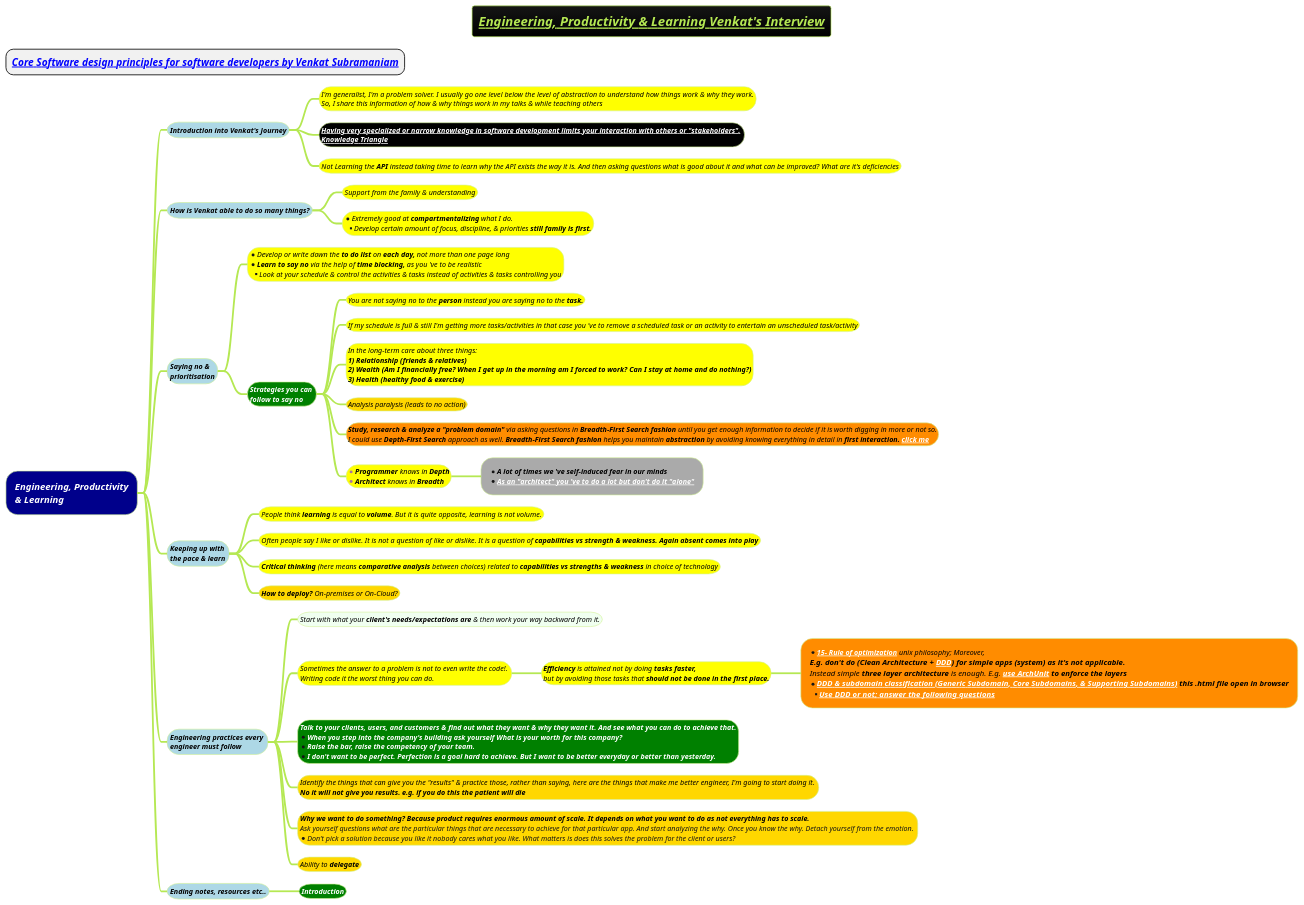
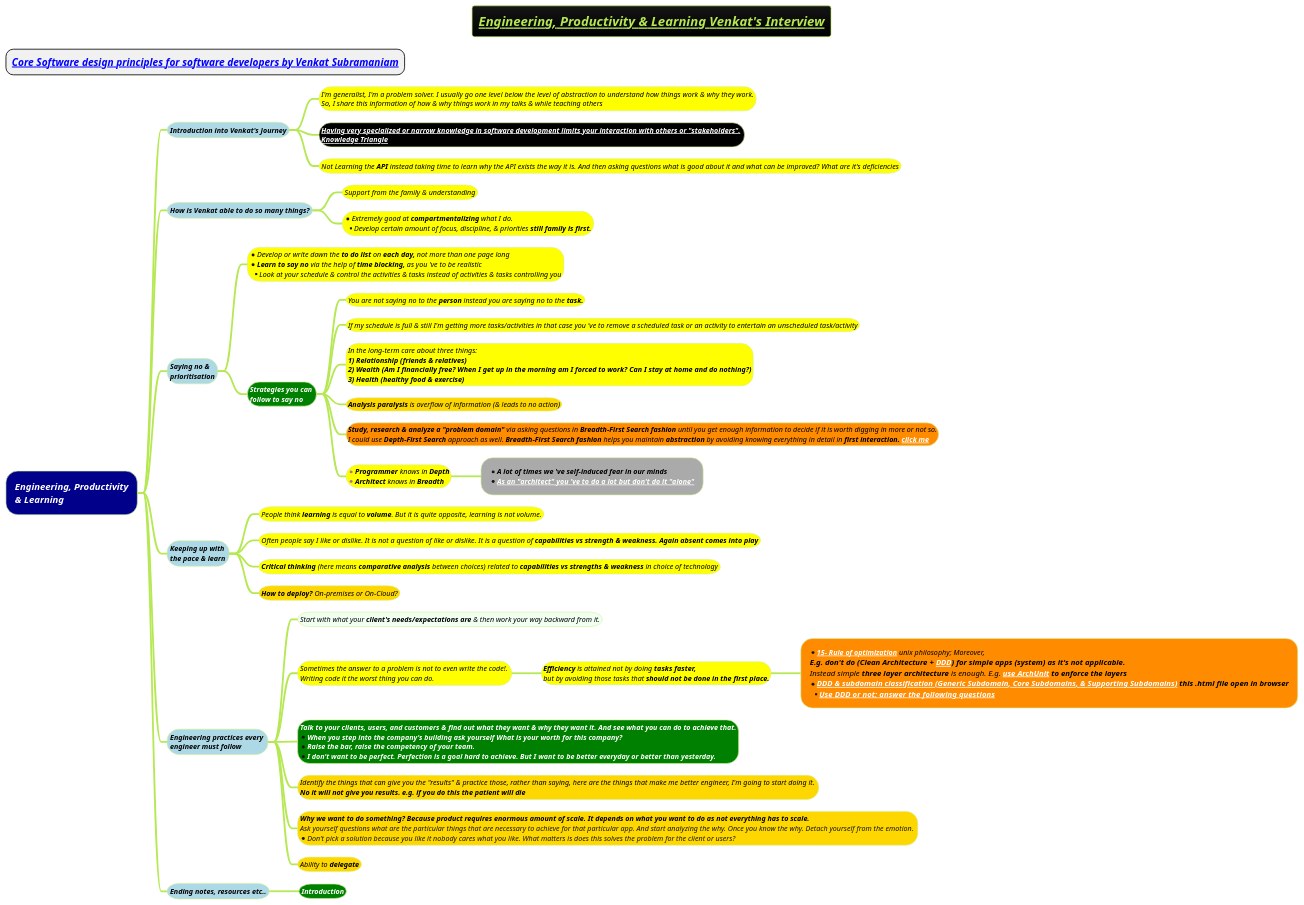
Before and after one commit to MehmoodHashmi/Documentation-as-Code-DaC: the diagram in docs/3-programming-languages/Venkat-Subramaniam/Engineering-Productivity-and-Learning.puml, drawn with PlantUML.

```diff
--- a/docs/3-programming-languages/Venkat-Subramaniam/Engineering-Productivity-and-Learning.puml
+++ b/docs/3-programming-languages/Venkat-Subramaniam/Engineering-Productivity-and-Learning.puml
@@ -1,65 +1,65 @@
 @startmindmap
 title =<i><b><u><size:18>Engineering, Productivity & Learning Venkat's Interview
 
 * ===<i><b>[[docs/3-programming-languages/Venkat-Subramaniam/Core-Software-design-principles-for-software-developers.puml Core Software design principles for software developers by Venkat Subramaniam]]
 !theme hacker
 
 *[#darkblue] <color:white><i>Engineering, Productivity\n<color:white><i>& Learning
 **[#lightblue] <i><color #black><size:12>Introduction into Venkat's Journey
 ***[#yellow]:<i><color #black><size:12>I'm generalist, I'm a problem solver. I usually go one level below the level of abstraction to understand how things work & why they work.
 <i><color #black><size:12>So, I share this information of how & why things work in my talks & while teaching others;
 ***[#black] <b><i><color #black><size:12>[[docs/3-programming-languages/Venkat-Subramaniam/images/img_396.png Having very specialized or narrow knowledge in software development limits your interaction with others or "stakeholders".]] \n<b><i><color #black><size:12>[[docs/3-programming-languages/Venkat-Subramaniam/images/img_245.png Knowledge Triangle]]
 ***[#yellow] <i><color #black><size:12>Not Learning the **API** instead taking time to learn why the API exists the way it is. And then asking questions what is good about it and what can be improved? What are it's deficiencies
 
 **[#lightblue] <i><color #black><size:12>How is Venkat able to do so many things?
 ***[#yellow] <i><color #black><size:12>Support from the family & understanding
 ***[#yellow] *<i><color #black><size:12>Extremely good at **compartmentalizing** what I do. \n**<i><color #black><size:12>Develop certain amount of focus, discipline, & priorities <b>still family is first.
 
 
 **[#lightblue] <i><color #black><size:12>Saying no & \n<i><color #black><size:12>prioritisation
 ***[#yellow]:*<i><color #black><size:12>Develop or write down the **to do list** on **each day,** not more than one page long
 *<i><color #black><size:12>**Learn to say no** via the help of **time blocking,** as you 've to be realistic
 **<i><color #black><size:12>Look at your schedule & control the activities & tasks instead of activities & tasks controlling you;
 ***[#green] <i><color #white><b><size:12>Strategies you can \n<i><color #white><b><size:12>follow to say no
 ****[#yellow] <i><color #black><size:12>You are not saying no to the **person** instead you are saying no to the <b>task.
 ****[#yellow] <i><color #black><size:12>If my schedule is full & still I'm getting more tasks/activities in that case you 've to remove a scheduled task or an activity to entertain an unscheduled task/activity
 
 ****[#yellow]:<i><color #black><size:12>In the long-term care about three things:
 <i><color #black><size:12><b>1) Relationship (friends & relatives)
 <i><color #black><size:12><b>2) Wealth (Am I financially free? When I get up in the morning am I forced to work? Can I stay at home and do nothing?)
 <i><color #black><size:12><b>3) Health (healthy food & exercise);
-****[#gold] <i><color #black><size:12>Analysis paralysis (leads to no action)
+****[#gold] <i><color #black><size:12>**Analysis paralysis** is overflow of information (& leads to no action)
 
 ****[#darkorange]:<i><color #black><size:12>**Study, research & analyze a "problem domain"** via asking questions in **Breadth-First Search fashion** until you get enough information to decide if it is worth digging in more or not so.
 <i><color #black><size:12>I could use **Depth-First Search** approach as well. **Breadth-First Search fashion** helps you maintain **abstraction** by avoiding knowing everything in detail in <b>first interaction. [[docs/3-programming-languages/Venkat-Subramaniam/images/img_245.png click me]];
 ****[#yellow] *<i><color #black><size:12>**Programmer** knows in <b>Depth \n*<i><color #black><size:12>**Architect** knows in <b>Breadth
 *****[#a] *<b><i><color #black><size:12>A lot of times we 've self-induced fear in our minds \n*<i><color #black><size:12><b>[[docs/3-programming-languages/Venkat-Subramaniam/images/img_431.png As an  "architect" you 've to do a lot but don't do it "alone"]]
 
 
 **[#lightblue] <i><color #black><size:12>Keeping up with \n<i><color #black><size:12>the pace & learn
 ***[#yellow] <i><color #black><size:12>People think **learning** is equal to **volume**. But it is quite opposite, learning is not volume.
 ***[#yellow] <i><color #black><size:12>Often people say I like or dislike. It is not a question of like or dislike. It is a question of <b>capabilities vs strength & weakness. Again absent comes into play
 ***[#yellow] <i><color #black><size:12>**Critical thinking** (here means **comparative analysis** between choices) related to **capabilities vs strengths & weakness** in choice of technology
 ***[#gold] <i><color #black><size:12>**How to deploy?** On-premises or On-Cloud?
 **[#lightblue] <i><color #black><size:12>Engineering practices every \n<i><color #black><size:12>engineer must follow
 ***[#honeydew] <i><color #black><size:12>Start with what your **client's needs/expectations are** & then work your way backward from it.
 ***[#yellow] <i><color #black><size:12>Sometimes the answer to a problem is not to even write the code!. \n<i><color #black><size:12>Writing code it the worst thing you can do.
 ****[#yellow] <i><color #black><size:12><b>Efficiency</b> is attained not by doing <b>tasks faster,\n<i><color #black><size:12>but by avoiding those tasks that <b>should not be done in the first place.
 *****[#darkorange]:*<i><color #black><size:12>**[[docs/3-programming-languages/Venkat-Subramaniam/Unix-Philosophy.puml 15- Rule of optimization]]** unix philosophy; Moreover,
 <i><color #black><size:13><b>E.g. don't do (Clean Architecture + [[docs/3-programming-languages/Venkat-Subramaniam/images/img_55.jpg DDD]]) for simple apps (system) as it's not applicable.
 <i><color #black><size:13>Instead simple **three layer architecture** is enough. E.g. <b>[[docs/3-programming-languages/clean-architecture/archunit.adoc use ArchUnit]] to enforce the layers
 *<i><color #black><size:13><b>[[docs/3-programming-languages/Venkat-Subramaniam/gif/DDD-and-subdomain-classification.html DDD & subdomain classification (Generic Subdomain, Core Subdomains, & Supporting Subdomains)]] this .html file open in browser
 **<i><color #black><size:13><b>[[docs/3-programming-languages/Venkat-Subramaniam/images/DDD-and-questions.drawio.png Use DDD or not; answer the following  questions]];
 ***[#green]:<i><color #white><b><size:12>Talk to your clients, users, and customers & find out what they want & why they want it. And see what you can do to achieve that.
 *<i><color #white><b><size:12>When you step into the company's building ask yourself What is your worth for this company?
 *<i><color #white><b><size:12>Raise the bar, raise the competency of your team.
 *<i><color #white><b><size:12>I don't want to be perfect. Perfection is a goal hard to achieve. But I want to be better everyday or better than yesterday.;
 ***[#gold] <i><color #black><size:12>Identify the things that can give you the "results" & practice those, rather than saying, here are the things that make me better engineer, I'm going to start doing it. \n<i><color #black><b><size:12>No it will not give you results. e.g. if you do this the patient will die
 ***[#gold] <i><color #black><b><size:12>Why we want to do something? Because product requires enormous amount of scale. It depends on what you want to do as not everything has to scale. \n<i>Ask yourself questions what are the particular things that are necessary to achieve for that particular app. And start analyzing the why. Once you know the why. Detach yourself from the emotion. \n*<i>Don't pick a solution because you like it nobody cares what you like. What matters is does this solves the problem for the client or users?
 ***[#gold] <i><color #black><size:12>Ability to <b>delegate
 
 **[#lightblue] <i><color #black><size:12>Ending notes, resources etc..
 
 ***[#green] <i><color #white><b><size:12>Introduction
 
 @endmindmap
```
